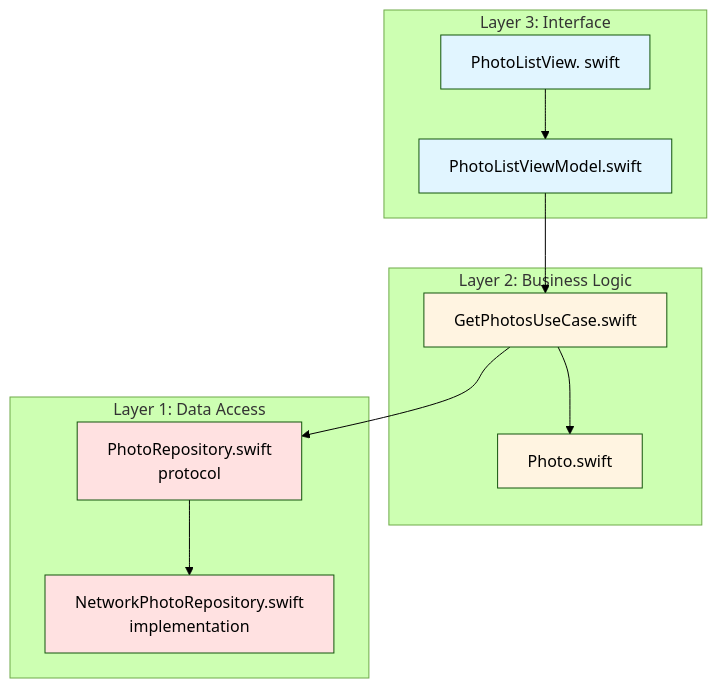
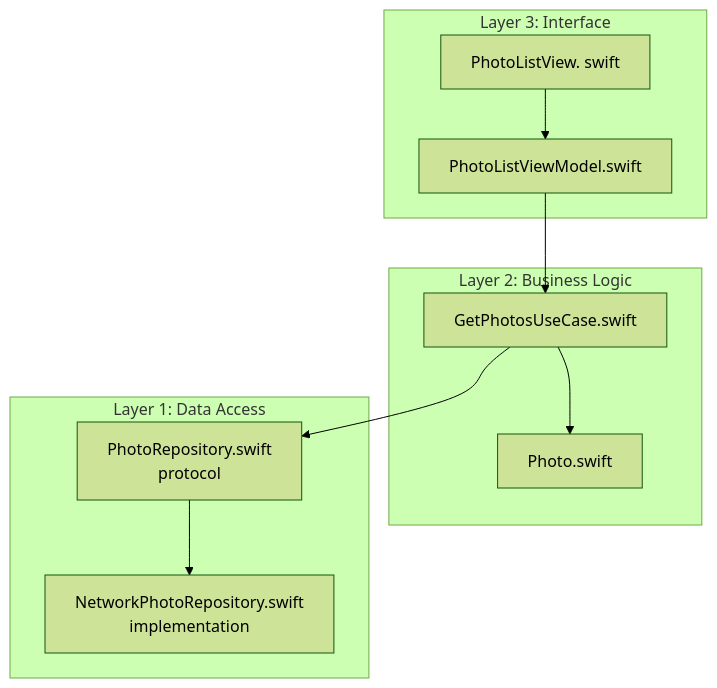
The third of 5 diagrams in content/Swift/MVVM + Clean.md (Zhabonchik/public-obsidian-vault-java-concurrency), drawn with Mermaid (forest theme) before and after one commit. The commit also changed other lines of this file, not shown here.

````diff
--- a/content/Swift/MVVM + Clean.md
+++ b/content/Swift/MVVM + Clean.md
@@ -134,30 +123,23 @@
 ```mermaid
 graph TB
     subgraph "Layer 3: Interface"
         View[PhotoListView. swift]
         VM[PhotoListViewModel.swift]
     end
     
     subgraph "Layer 2: Business Logic"
         UC[GetPhotosUseCase.swift]
         Model[Photo.swift]
     end
     
     subgraph "Layer 1: Data Access"
         Protocol[PhotoRepository.swift<br/>protocol]
         Impl[NetworkPhotoRepository.swift<br/>implementation]
     end
     
     View --> VM
     VM --> UC
     UC --> Model
     UC --> Protocol
     Protocol --> Impl
-    
-    style View fill:#e1f5ff
-    style VM fill:#e1f5ff
-    style UC fill:#fff4e1
-    style Model fill:#fff4e1
-    style Protocol fill:#ffe1e1
-    style Impl fill:#ffe1e1
 ```
````
